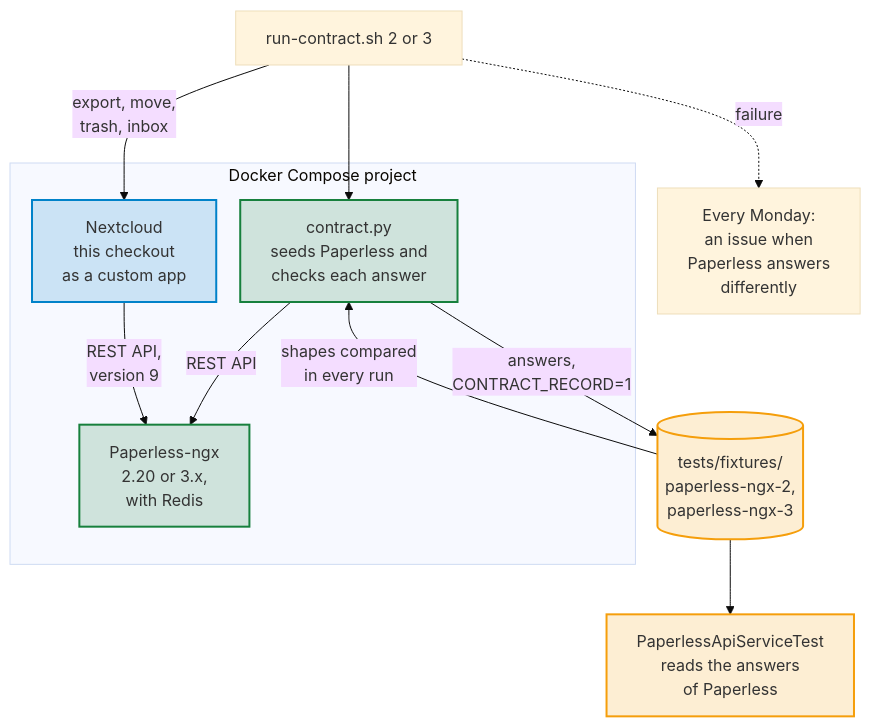
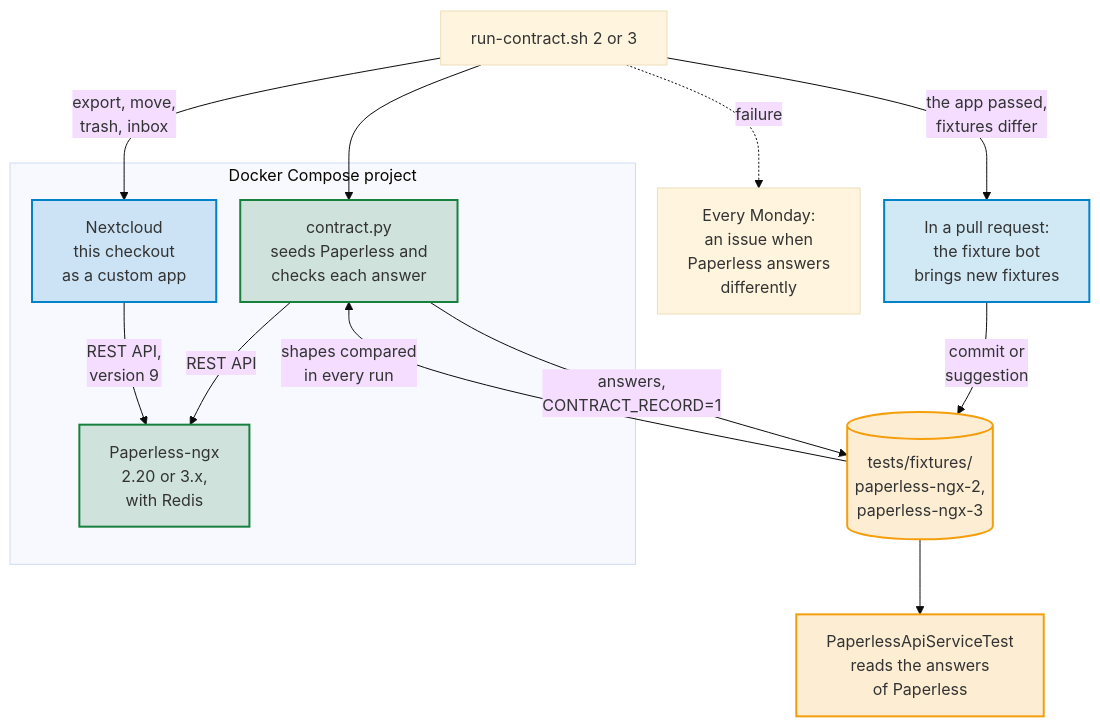
One commit to Dennis-Otto/paperless-sync changed the diagram in docs/diagrams/what-the-contract-tests-check-against-a-real-paperless.mmd. Above: the diagram before and after it, drawn with Mermaid (base theme). The commit also changed 66 other files, not shown here.

First line of the commit message:
ci(e2e): record the Paperless fixtures anew on a Paperless image update when the app passes against it (#326)

```diff
--- a/docs/diagrams/what-the-contract-tests-check-against-a-real-paperless.mmd
+++ b/docs/diagrams/what-the-contract-tests-check-against-a-real-paperless.mmd
@@ -1,34 +1,38 @@
 ---
 config:
   flowchart:
     nodeSpacing: 24
 ---
 flowchart TB
     accTitle: What the contract tests check against a real Paperless
-    accDescr: run-contract.sh starts a real Paperless-ngx, the last release of 2.x or the current release of 3.x, next to Nextcloud. contract.py seeds Paperless through its REST API and checks every answer that the app reads, then the app runs its export, a move, the trash and the inbox against it. The answers of Paperless become the fixtures of the unit tests in tests/fixtures/, which PaperlessApiServiceTest reads; a later run compares their shapes with the fixtures and fails when a field that the tests read is gone. Every Monday a failure opens an issue.
+    accDescr: run-contract.sh starts a real Paperless-ngx, the last release of 2.x or the current release of 3.x, next to Nextcloud. contract.py seeds Paperless through its REST API and checks every answer that the app reads, then the app runs its export, a move, the trash and the inbox against it. The answers of Paperless become the fixtures of the unit tests in tests/fixtures/, which PaperlessApiServiceTest reads; a later run compares their shapes with the fixtures and fails when a field that the tests read is gone. When the app passes in a pull request and the fixtures differ, the fixture bot commits the new fixtures onto its branch, or suggests them on a pull request from a fork. Every Monday a failure opens an issue.
 
     run["run-contract.sh 2 or 3"]
     subgraph compose ["Docker Compose project"]
         contract["contract.py<br>seeds Paperless and<br>checks each answer"]
         nextcloud["Nextcloud<br>this checkout<br>as a custom app"]
         paperless["Paperless-ngx<br>2.20 or 3.x,<br>with Redis"]
     end
     fixtures[("tests/fixtures/<br>paperless-ngx-2,<br>paperless-ngx-3")]
     unit["PaperlessApiServiceTest<br>reads the answers<br>of Paperless"]
+    bot["In a pull request:<br>the fixture bot<br>brings new fixtures"]
     issue["Every Monday:<br>an issue when<br>Paperless answers<br>differently"]
 
     run --> contract
     run -- "export, move,<br>trash, inbox" --> nextcloud
     contract -- "REST API" --> paperless
     nextcloud -- "REST API,<br>version 9" --> paperless
     contract -- "answers,<br>CONTRACT_RECORD=1" --> fixtures
     fixtures -- "shapes compared<br>in every run" --> contract
     fixtures --> unit
+    run -- "the app passed,<br>fixtures differ" --> bot
+    bot -- "commit or<br>suggestion" --> fixtures
     run -. "failure" .-> issue
 
     classDef nextcloud fill:#0082c92e,stroke:#0082c9,stroke-width:2px
     classDef paperless fill:#17803d2e,stroke:#17803d,stroke-width:2px
     classDef data fill:#f59e0b2e,stroke:#f59e0b,stroke-width:2px
     class nextcloud nextcloud
     class paperless,contract paperless
     class fixtures,unit data
+    class bot nextcloud
```
